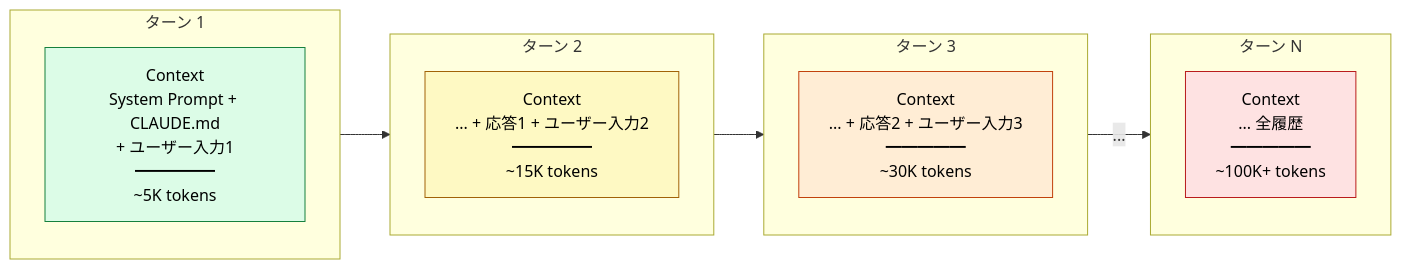
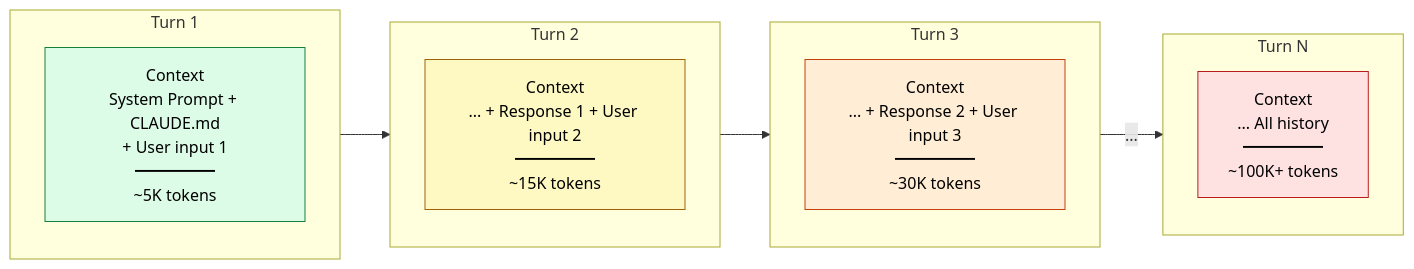
Before and after one commit to shuji-bonji/understanding-llm-through-claude-code: the second of 3 diagrams in docs/02-context-window/chat-session.md, drawn with Mermaid. The commit also changed other lines of this file and 100 other files, not shown here.

````diff
--- a/docs/02-context-window/chat-session.md
+++ b/docs/02-context-window/chat-session.md
@@ -61,22 +63,22 @@
 ```mermaid
 graph LR
-    subgraph T1 ["ターン 1"]
-        C1["Context<br>System Prompt + CLAUDE.md<br>+ ユーザー入力1<br>━━━━━<br>~5K tokens"]
+    subgraph T1 ["Turn 1"]
+        C1["Context<br>System Prompt + CLAUDE.md<br>+ User input 1<br>━━━━━<br>~5K tokens"]
     end
-    subgraph T2 ["ターン 2"]
-        C2["Context<br>... + 応答1 + ユーザー入力2<br>━━━━━<br>~15K tokens"]
+    subgraph T2 ["Turn 2"]
+        C2["Context<br>... + Response 1 + User input 2<br>━━━━━<br>~15K tokens"]
     end
-    subgraph T3 ["ターン 3"]
-        C3["Context<br>... + 応答2 + ユーザー入力3<br>━━━━━<br>~30K tokens"]
+    subgraph T3 ["Turn 3"]
+        C3["Context<br>... + Response 2 + User input 3<br>━━━━━<br>~30K tokens"]
     end
-    subgraph TN ["ターン N"]
-        CN["Context<br>... 全履歴<br>━━━━━<br>~100K+ tokens"]
+    subgraph TN ["Turn N"]
+        CN["Context<br>... All history<br>━━━━━<br>~100K+ tokens"]
     end
 
     T1 --> T2 --> T3 -->|"..."| TN
 
     style C1 fill:#dcfce7,stroke:#15803d,color:#000
     style C2 fill:#fef9c3,stroke:#a16207,color:#000
     style C3 fill:#ffedd5,stroke:#c2410c,color:#000
     style CN fill:#fee2e2,stroke:#b91c1c,color:#000
 ```
````
